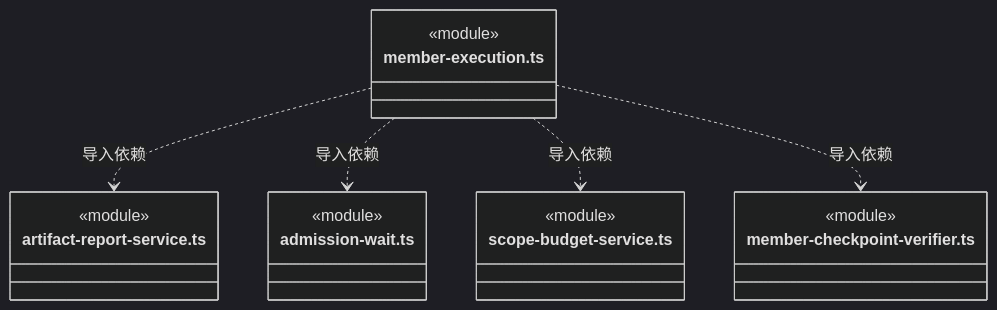
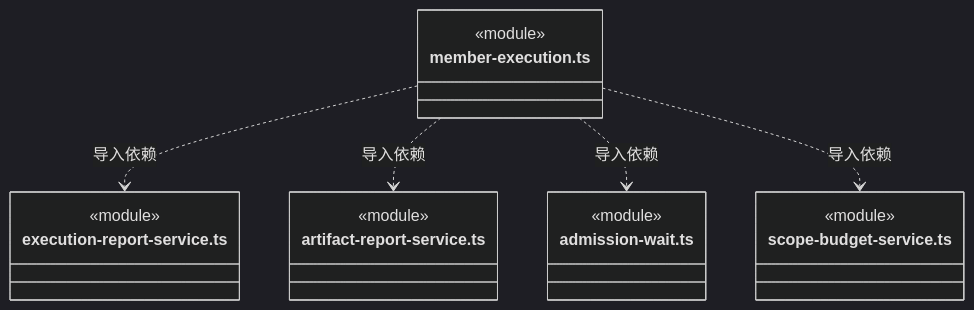
Before and after one commit to nan023062/cbim: diagram 50 of 59 in src/backend/scheduler-engine/execution/ARCHITECTURE.md, drawn with Mermaid (dark theme). The commit also changed other lines of this file and 52 other files, not shown here.

````diff
--- a/src/backend/scheduler-engine/execution/ARCHITECTURE.md
+++ b/src/backend/scheduler-engine/execution/ARCHITECTURE.md
@@ -1277,22 +1339,22 @@
 ```mermaid
 classDiagram
 class N_src_backend_scheduler_engine_execution_member_execution_ts["member-execution.ts"] {
+  <<module>>
+}
+class N_src_backend_scheduler_engine_execution_execution_report_service_ts["execution-report-service.ts"] {
   <<module>>
 }
 class N_src_backend_scheduler_engine_execution_artifact_report_service_ts["artifact-report-service.ts"] {
   <<module>>
 }
 class N_src_backend_scheduler_engine_execution_admission_wait_ts["admission-wait.ts"] {
   <<module>>
 }
 class N_src_backend_scheduler_engine_execution_scope_budget_service_ts["scope-budget-service.ts"] {
   <<module>>
 }
-class N_src_backend_scheduler_engine_execution_member_checkpoint_verifier_ts["member-checkpoint-verifier.ts"] {
-  <<module>>
-}
+N_src_backend_scheduler_engine_execution_member_execution_ts ..> N_src_backend_scheduler_engine_execution_execution_report_service_ts : 导入依赖
 N_src_backend_scheduler_engine_execution_member_execution_ts ..> N_src_backend_scheduler_engine_execution_artifact_report_service_ts : 导入依赖
 N_src_backend_scheduler_engine_execution_member_execution_ts ..> N_src_backend_scheduler_engine_execution_admission_wait_ts : 导入依赖
 N_src_backend_scheduler_engine_execution_member_execution_ts ..> N_src_backend_scheduler_engine_execution_scope_budget_service_ts : 导入依赖
-N_src_backend_scheduler_engine_execution_member_execution_ts ..> N_src_backend_scheduler_engine_execution_member_checkpoint_verifier_ts : 导入依赖
 ```
````
